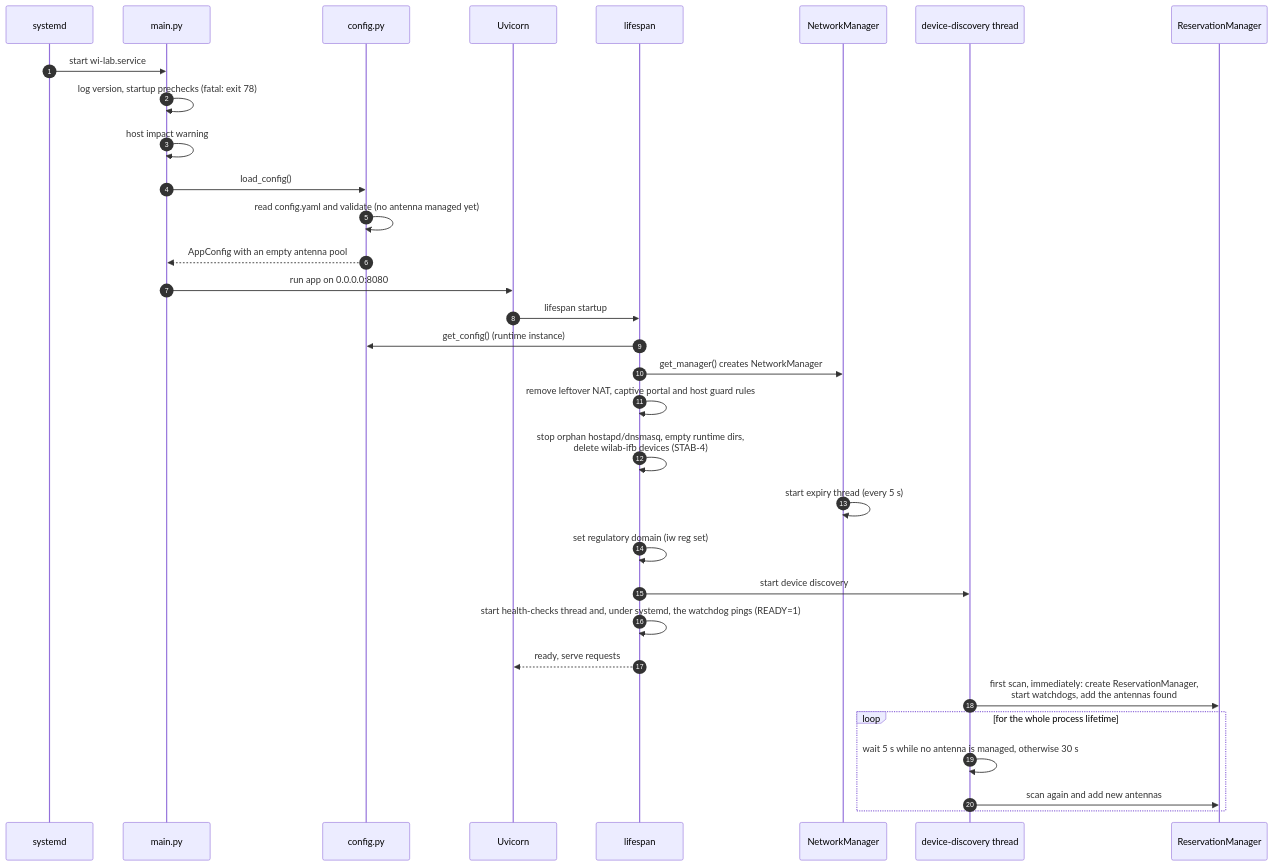
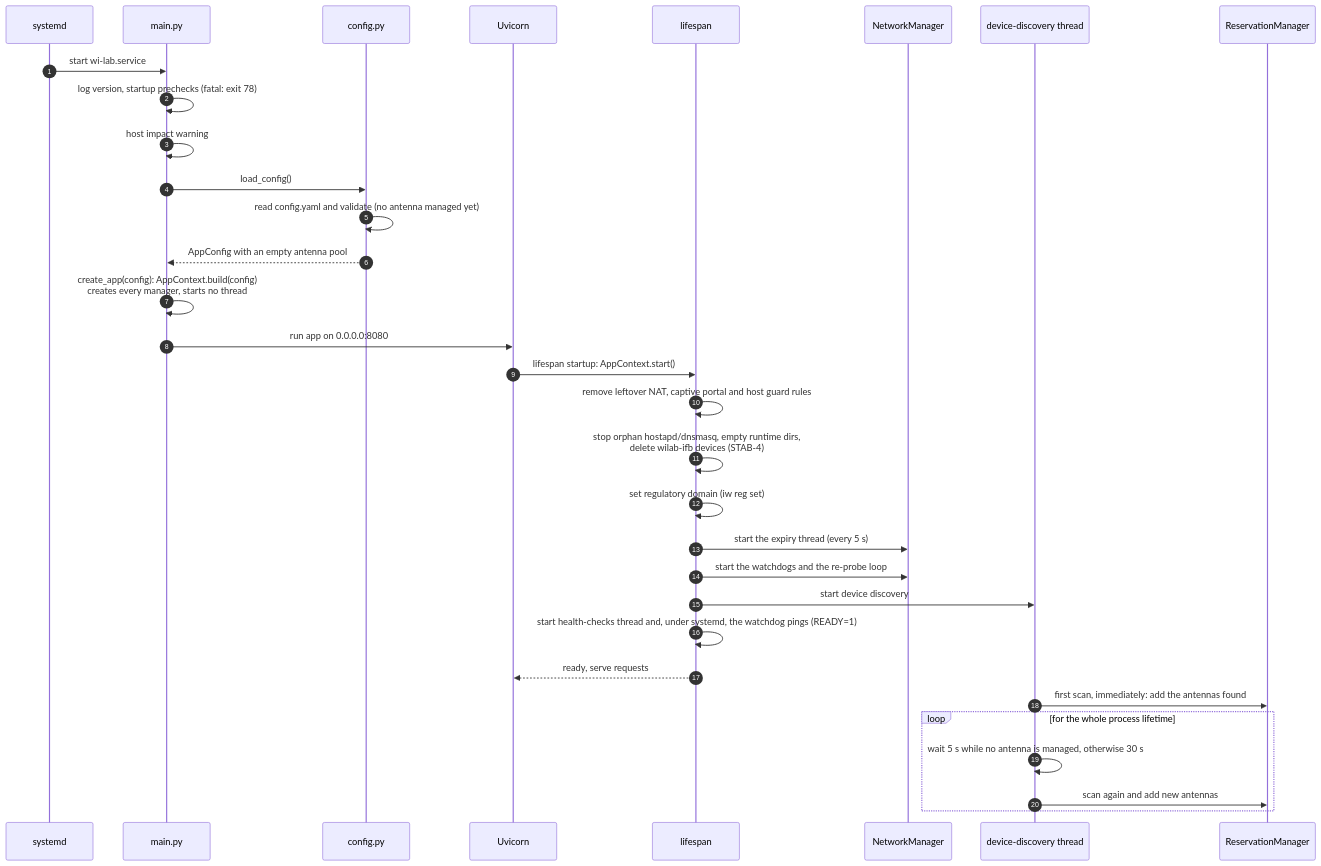
One commit to caporalesimone/wi-lab changed the second of 15 diagrams in docs/architecture.md. Above: the diagram before and after it, drawn with Mermaid. The commit also changed other lines of this file and 1 other file, not shown here.

Commit message:
docs: AppContext startup and shutdown in architecture and changelog (ARCH-5)

````diff
--- a/docs/architecture.md
+++ b/docs/architecture.md
@@ -125,35 +129,35 @@
 ```mermaid
 sequenceDiagram
     autonumber
     participant SD as systemd
     participant M as main.py
     participant C as config.py
     participant U as Uvicorn
     participant L as lifespan
     participant NM as NetworkManager
     participant D as device-discovery thread
     participant RM as ReservationManager
 
     SD->>M: start wi-lab.service
     M->>M: log version, startup prechecks (fatal: exit 78)
     M->>M: host impact warning
     M->>C: load_config()
     C->>C: read config.yaml and validate (no antenna managed yet)
     C-->>M: AppConfig with an empty antenna pool
+    M->>M: create_app(config): AppContext.build(config)<br/>creates every manager, starts no thread
     M->>U: run app on 0.0.0.0:8080
-    U->>L: lifespan startup
-    L->>C: get_config() (runtime instance)
-    L->>NM: get_manager() creates NetworkManager
+    U->>L: lifespan startup: AppContext.start()
     L->>L: remove leftover NAT, captive portal and host guard rules
     L->>L: stop orphan hostapd/dnsmasq, empty runtime dirs,<br/>delete wilab-ifb devices (STAB-4)
-    NM->>NM: start expiry thread (every 5 s)
     L->>L: set regulatory domain (iw reg set)
+    L->>NM: start the expiry thread (every 5 s)
+    L->>NM: start the watchdogs and the re-probe loop
     L->>D: start device discovery
     L->>L: start health-checks thread and, under systemd, the watchdog pings (READY=1)
     L-->>U: ready, serve requests
-    D->>RM: first scan, immediately: create ReservationManager,<br/>start watchdogs, add the antennas found
+    D->>RM: first scan, immediately: add the antennas found
     loop for the whole process lifetime
         D->>D: wait 5 s while no antenna is managed, otherwise 30 s
         D->>RM: scan again and add new antennas
     end
 ```
````
